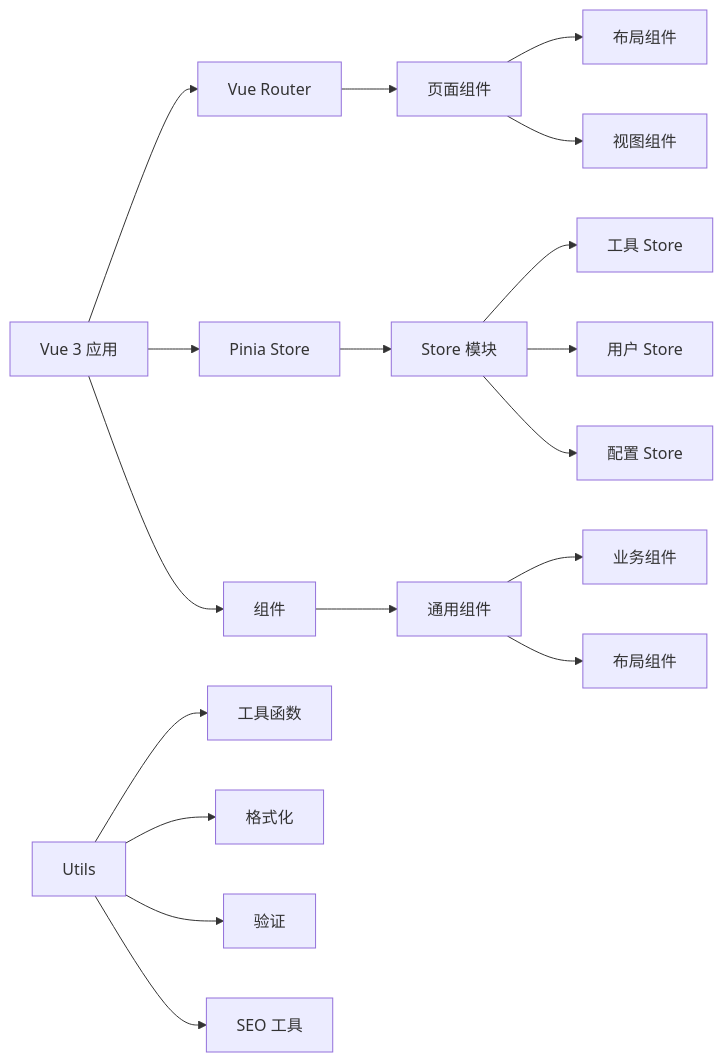
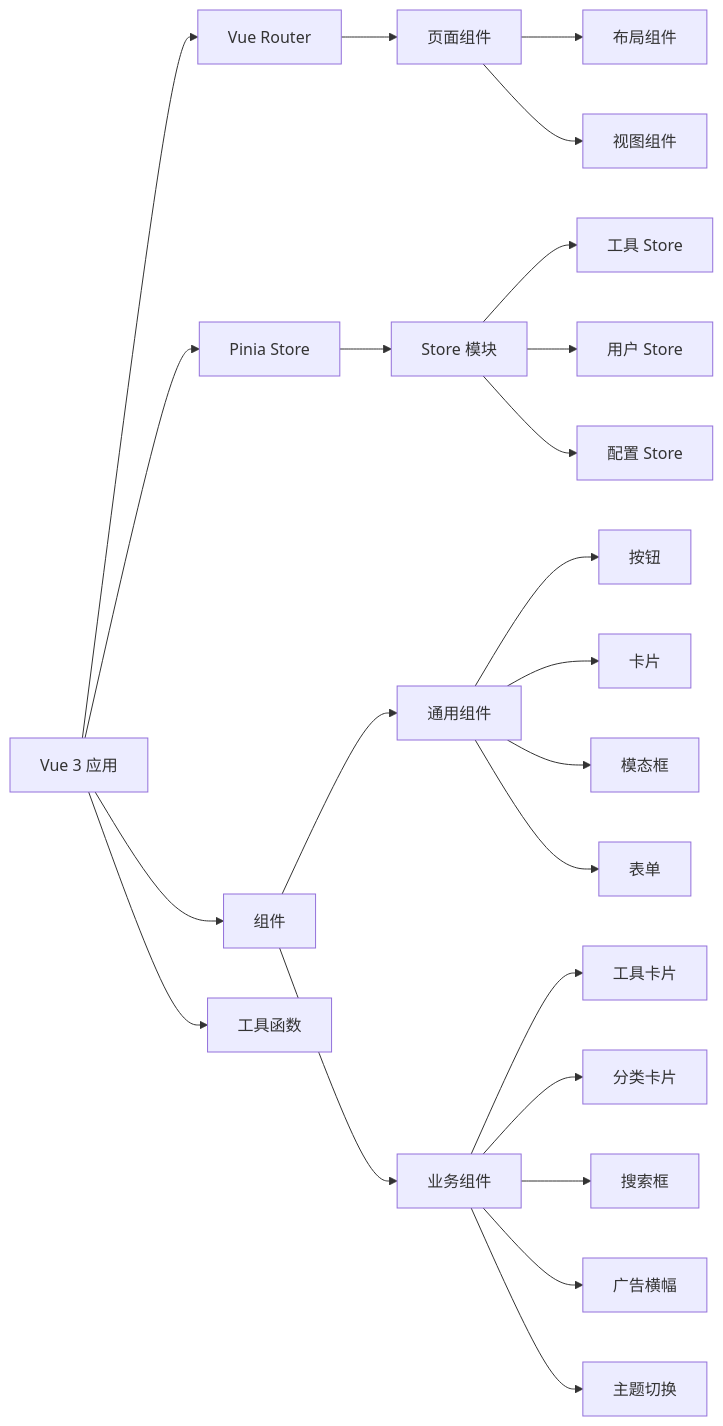
One commit to Hjjjkh/ainavsite changed the second of 2 diagrams in .monkeycode/specs/ai-navigation-site/design.md. Above: the diagram before and after it, drawn with Mermaid. The commit also changed other lines of this file and 1 other file, not shown here.

Commit message:
feat: create task 1.6 - implement tool detail page with info, pricing and AdSense Co-authored-by: monkeycode-ai <monkeycode-ai@chaitin.com>

````diff
--- a/.monkeycode/specs/ai-navigation-site/design.md
+++ b/.monkeycode/specs/ai-navigation-site/design.md
@@ -41,24 +41,29 @@
 ```mermaid
 graph LR
     App[Vue 3 应用] --> Router[Vue Router]
     App --> Store[Pinia Store]
     App --> Components[组件]
+    App --> Utils[工具函数]
 
     Router --> Pages[页面组件]
     Pages --> Layouts[布局组件]
     Pages --> Views[视图组件]
 
     Components --> Common[通用组件]
-    Common --> Business[业务组件]
-    Common --> Layout[布局组件]
+    Common --> Button[按钮]
+    Common --> Card[卡片]
+    Common --> Modal[模态框]
+    Common --> Form[表单]
+
+    Components --> Business[业务组件]
+    Business --> ToolCard[工具卡片]
+    Business --> CategoryCard[分类卡片]
+    Business --> SearchBox[搜索框]
+    Business --> AdBanner[广告横幅]
+    Business --> ThemeToggle[主题切换]
 
     Store --> Modules[Store 模块]
     Modules --> ToolStore[工具 Store]
     Modules --> UserStore[用户 Store]
     Modules --> ConfigStore[配置 Store]
-
-    Utils --> Tool[工具函数]
-    Utils --> Format[格式化]
-    Utils --> Validation[验证]
-    Utils --> SEO[SEO 工具]
 ```
````
